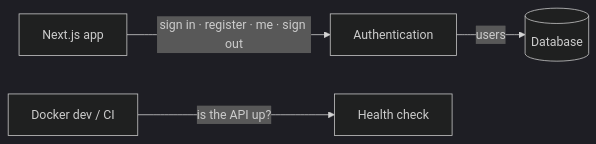
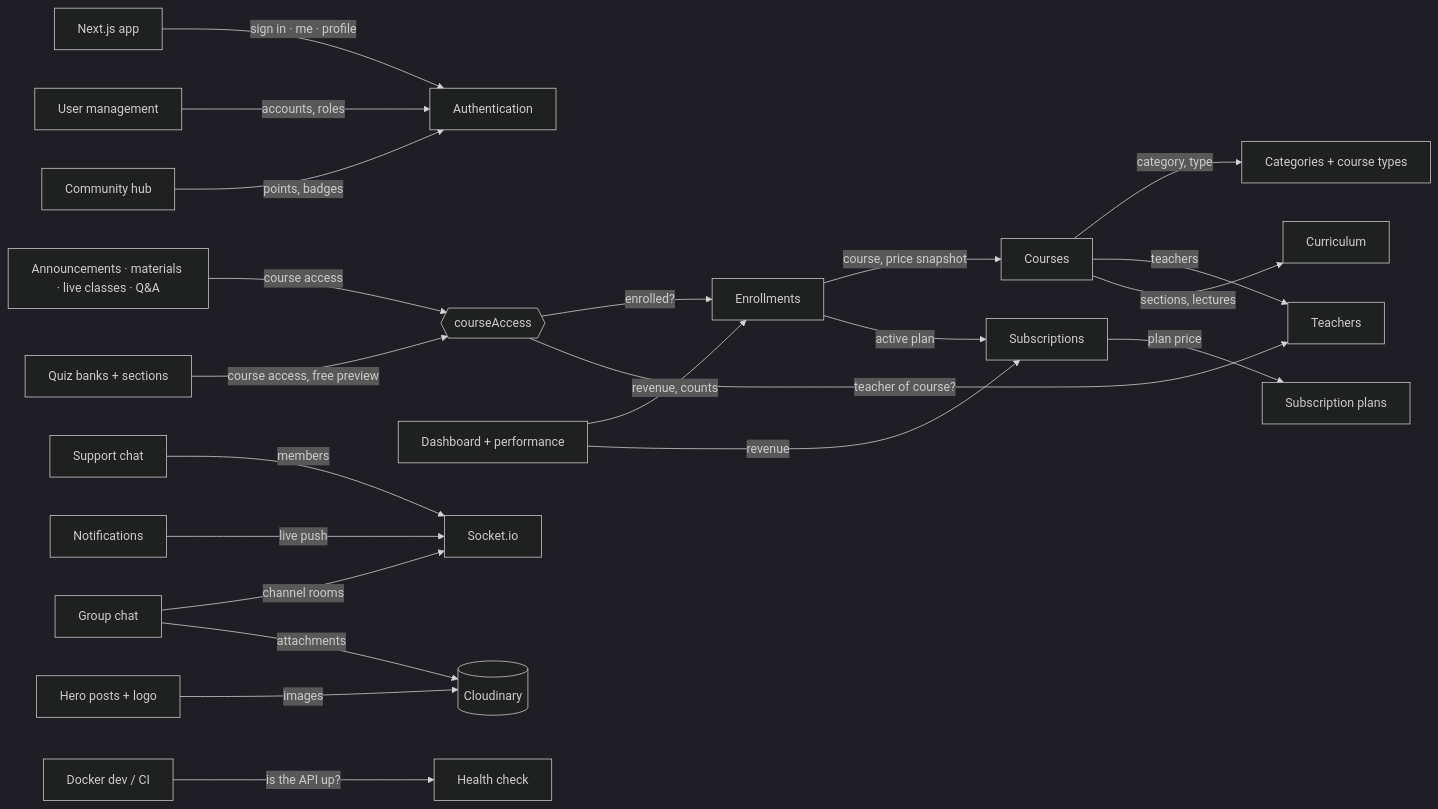
One commit to Yazdani1/Ed-Tech-Learning-Platforms changed the second of 4 diagrams in docs/architecture.md. Above: the diagram before and after it, drawn with Mermaid (dark theme). The commit also changed other lines of this file and 109 other files, not shown here.

````diff
--- a/docs/architecture.md
+++ b/docs/architecture.md
@@ -47,6 +50,24 @@
 ```mermaid
 flowchart LR
-    Web[Next.js app] -- "sign in · register · me · sign out" --> Auth[Authentication]
-    Auth -- "users" --> DB[(Database)]
+    Web[Next.js app] -- "sign in · me · profile" --> Auth[Authentication]
+    Admin[User management] -- "accounts, roles" --> Auth
+    Courses -- "category, type" --> Setup[Categories + course types]
+    Courses -- "teachers" --> Teachers
+    Courses -- "sections, lectures" --> Curriculum
+    Enrollments -- "course, price snapshot" --> Courses
+    Enrollments -- "active plan" --> Subscriptions
+    Subscriptions -- "plan price" --> Plans[Subscription plans]
+    Content[Announcements · materials · live classes · Q&A] -- "course access" --> Access{{courseAccess}}
+    Quiz[Quiz banks + sections] -- "course access, free preview" --> Access
+    Access -- "enrolled?" --> Enrollments
+    Access -- "teacher of course?" --> Teachers
+    Dashboard[Dashboard + performance] -- "revenue, counts" --> Enrollments
+    Dashboard -- "revenue" --> Subscriptions
+    Chat[Support chat] -- "members" --> Socket[Socket.io]
+    Group[Group chat] -- "channel rooms" --> Socket
+    Notifications -- "live push" --> Socket
+    Community[Community hub] -- "points, badges" --> Auth
+    Showcase[Hero posts + logo] -- "images" --> CLD[(Cloudinary)]
+    Group -- "attachments" --> CLD
     Docker[Docker dev / CI] -- "is the API up?" --> Health[Health check]
 ```
````
